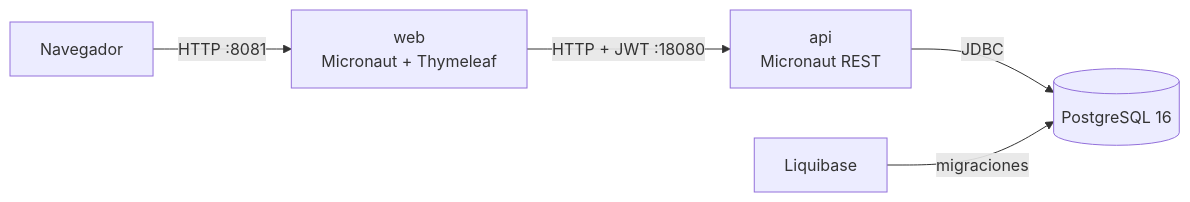
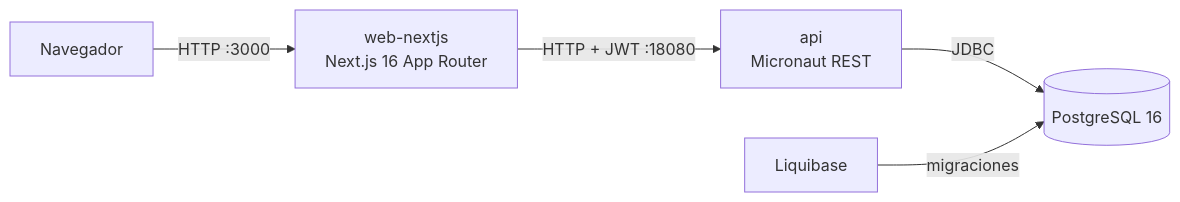
Before and after one commit to ajiniesta/bir-app: the diagram in README.md, drawn with Mermaid. The commit also changed other lines of this file and 1 other file, not shown here.

````diff
--- a/README.md
+++ b/README.md
@@ -91,7 +108,7 @@
 ```mermaid
 flowchart LR
-    U["Navegador"] -->|"HTTP :8081"| W["web<br/>Micronaut + Thymeleaf"]
-    W -->|"HTTP + JWT :18080"| A["api<br/>Micronaut REST"]
+    U["Navegador"] -->|"HTTP :3000"| N["web-nextjs<br/>Next.js 16 App Router"]
+    N -->|"HTTP + JWT :18080"| A["api<br/>Micronaut REST"]
     A -->|"JDBC"| P[("PostgreSQL 16")]
     L["Liquibase"] -->|"migraciones"| P
 ```
````
